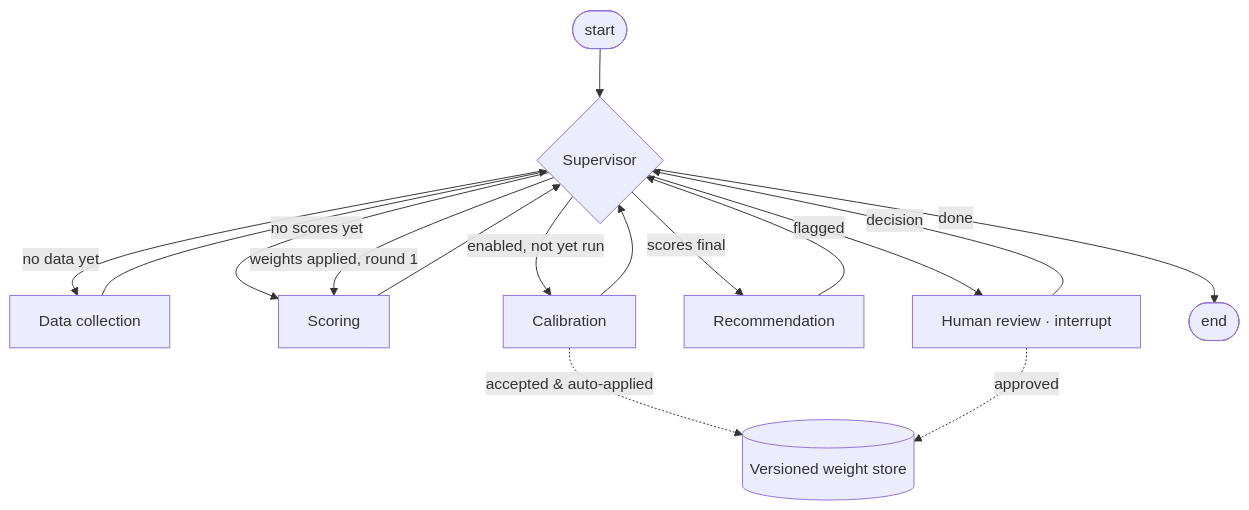
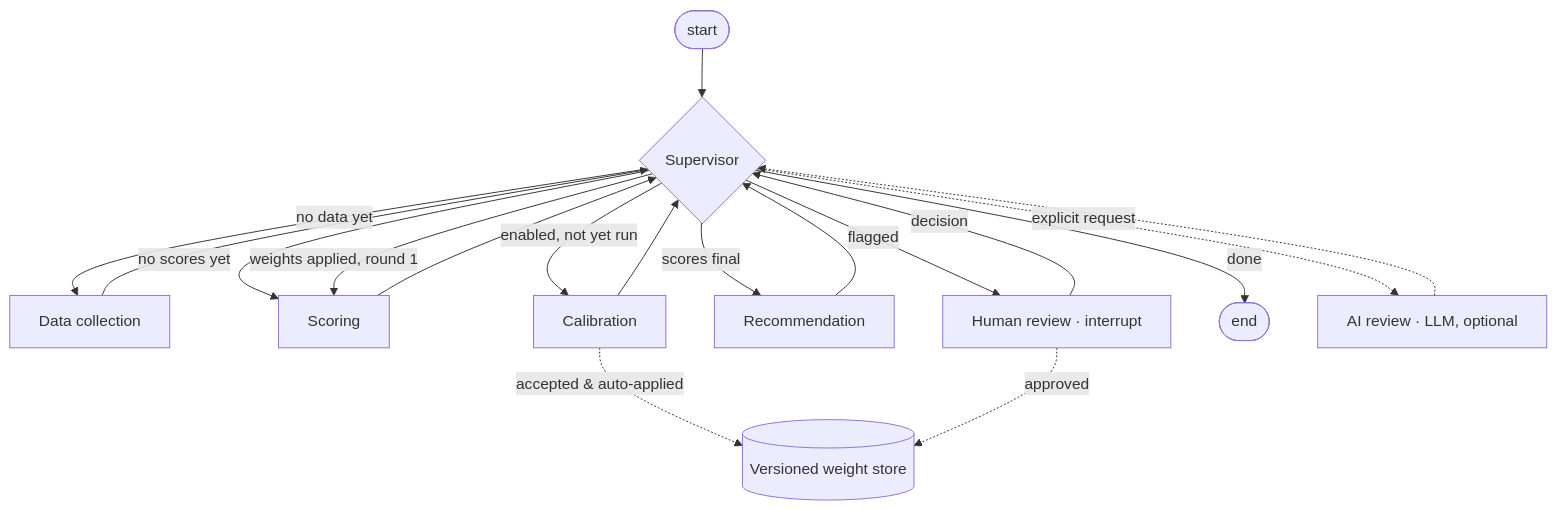
The diagram in docs/paper/paper.md (CsabaRanks/Lean-Agentic-AI-Supplier-Risk-System), drawn with Mermaid before and after one commit. The commit also changed other lines of this file and 5 other files, not shown here.

First line of the commit message:
Document the optional AI review; paper draft v0.7

````diff
--- a/docs/paper/paper.md
+++ b/docs/paper/paper.md
@@ -761,18 +778,20 @@
 ```mermaid
 flowchart TD
     START([start]) --> SUP{Supervisor}
     SUP -->|no data yet| DC[Data collection]
     SUP -->|no scores yet| SC[Scoring]
     SUP -->|enabled, not yet run| CA[Calibration]
     SUP -->|weights applied, round 1| SC
     SUP -->|scores final| RA[Recommendation]
     SUP -->|flagged| HR[Human review · interrupt]
     SUP -->|done| END([end])
     DC --> SUP
     SC --> SUP
     CA --> SUP
     RA --> SUP
     HR -->|decision| SUP
+    SUP -.->|explicit request| AR[AI review · LLM, optional]
+    AR -.-> SUP
     CA -. accepted & auto-applied .-> WS[(Versioned weight store)]
     HR -. approved .-> WS
 ```
````
